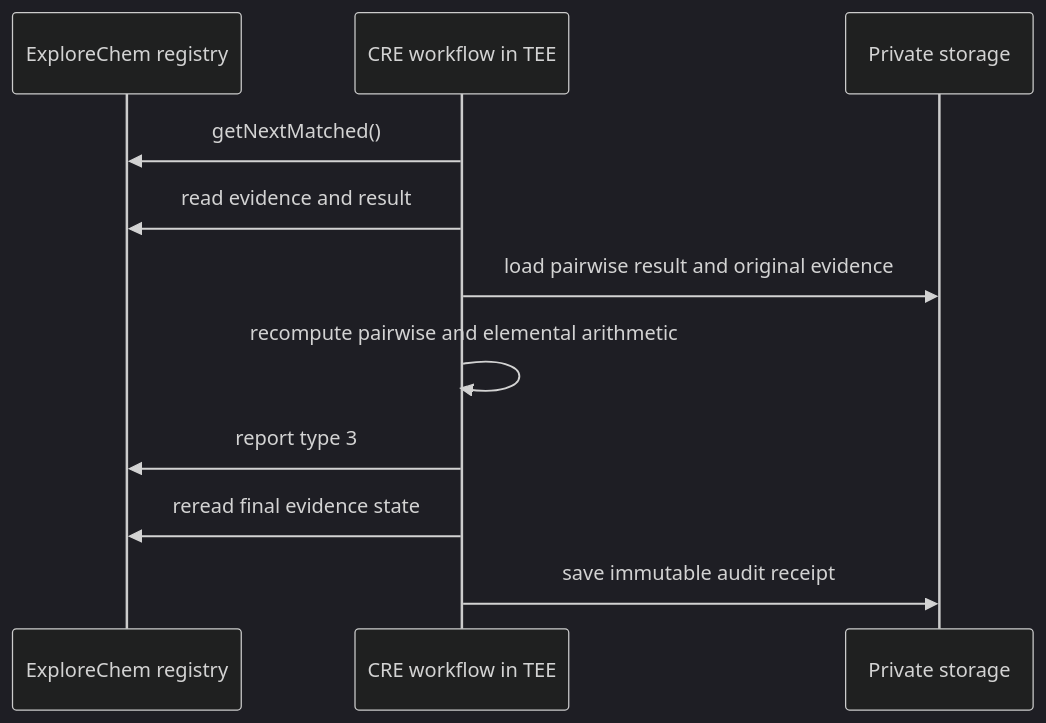
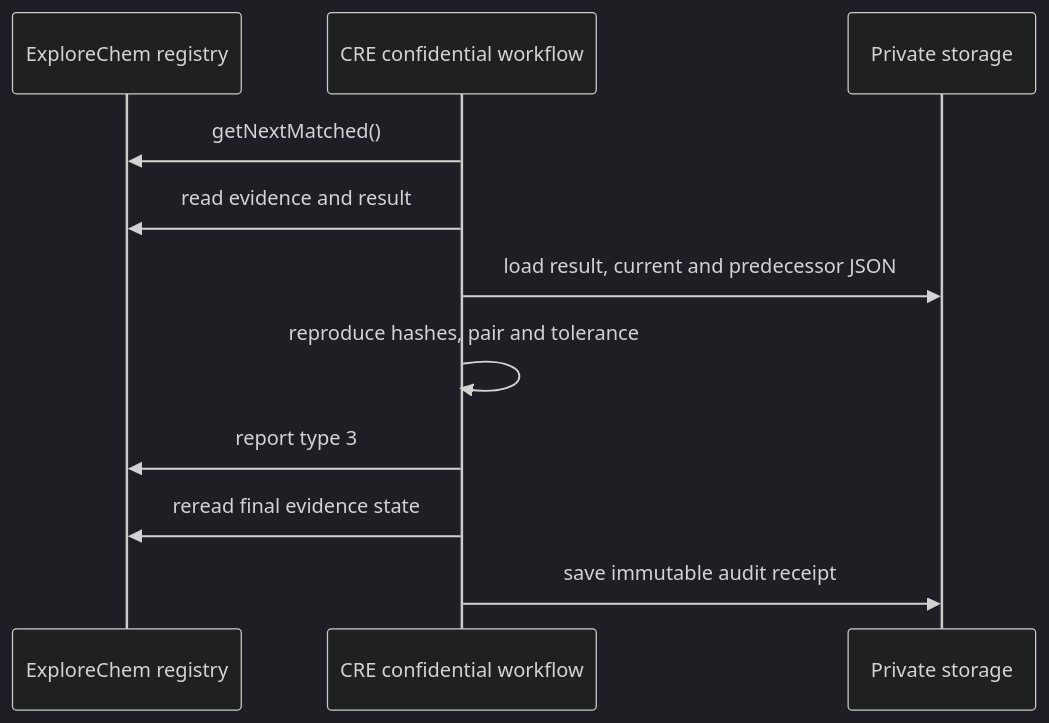
The second of 2 diagrams in auditor-workflow/README.md (armanfm/ExplorerChem), drawn with Mermaid (dark theme) before and after one commit. The commit also changed other lines of this file, not shown here.

````diff
--- a/auditor-workflow/README.md
+++ b/auditor-workflow/README.md
@@ -493,13 +169,13 @@
 ```mermaid
 sequenceDiagram
     participant Chain as ExploreChem registry
-    participant Audit as CRE workflow in TEE
+    participant Audit as CRE confidential workflow
     participant Store as Private storage
     Audit->>Chain: getNextMatched()
     Audit->>Chain: read evidence and result
-    Audit->>Store: load pairwise result and original evidence
-    Audit->>Audit: recompute pairwise and elemental arithmetic
+    Audit->>Store: load result, current and predecessor JSON
+    Audit->>Audit: reproduce hashes, pair and tolerance
     Audit->>Chain: report type 3
     Audit->>Chain: reread final evidence state
     Audit->>Store: save immutable audit receipt
 ```
````
